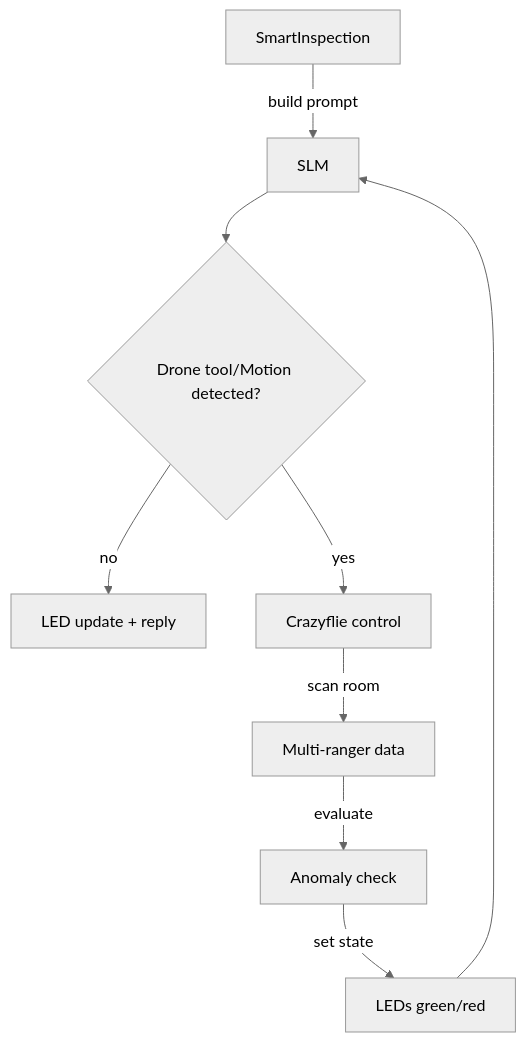
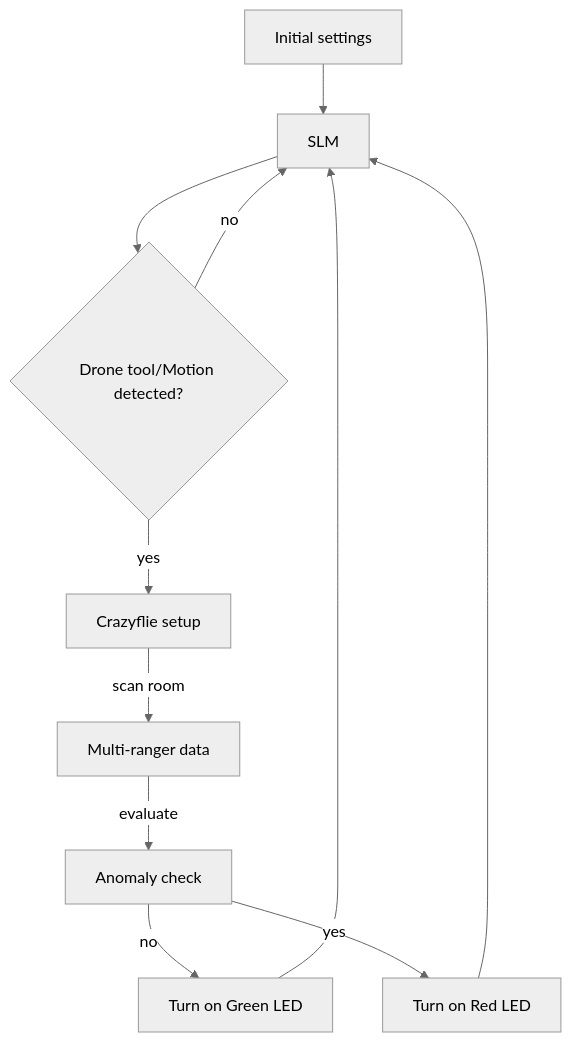
Before and after one commit to Eduard0Castro/smart_inspection: the diagram in README.md, drawn with Mermaid (neutral theme). The commit also changed other lines of this file and 3 other files, not shown here.

````diff
--- a/README.md
+++ b/README.md
@@ -172,17 +182,19 @@
 ```mermaid
 flowchart TD
 
-B[SmartInspection]
+B[Initial settings]
 
-B -->|build prompt| C[SLM ]
+B --> C[SLM ]
 
 C --> D{Drone tool/Motion detected?}
-D -->|no| F[LED update + reply]
-D -->|yes| E[Crazyflie control]
+D -->|no| C
+D -->|yes| E[Crazyflie setup]
 
 E -->|scan room| G[Multi-ranger data]
 G -->|evaluate| H[Anomaly check]
-H -->|set state| I[LEDs green/red]
+H -->|no|I[Turn on Green LED]
+H -->|yes|J[Turn on Red LED]
 I --> C
+J --> C
 
 ```
````
